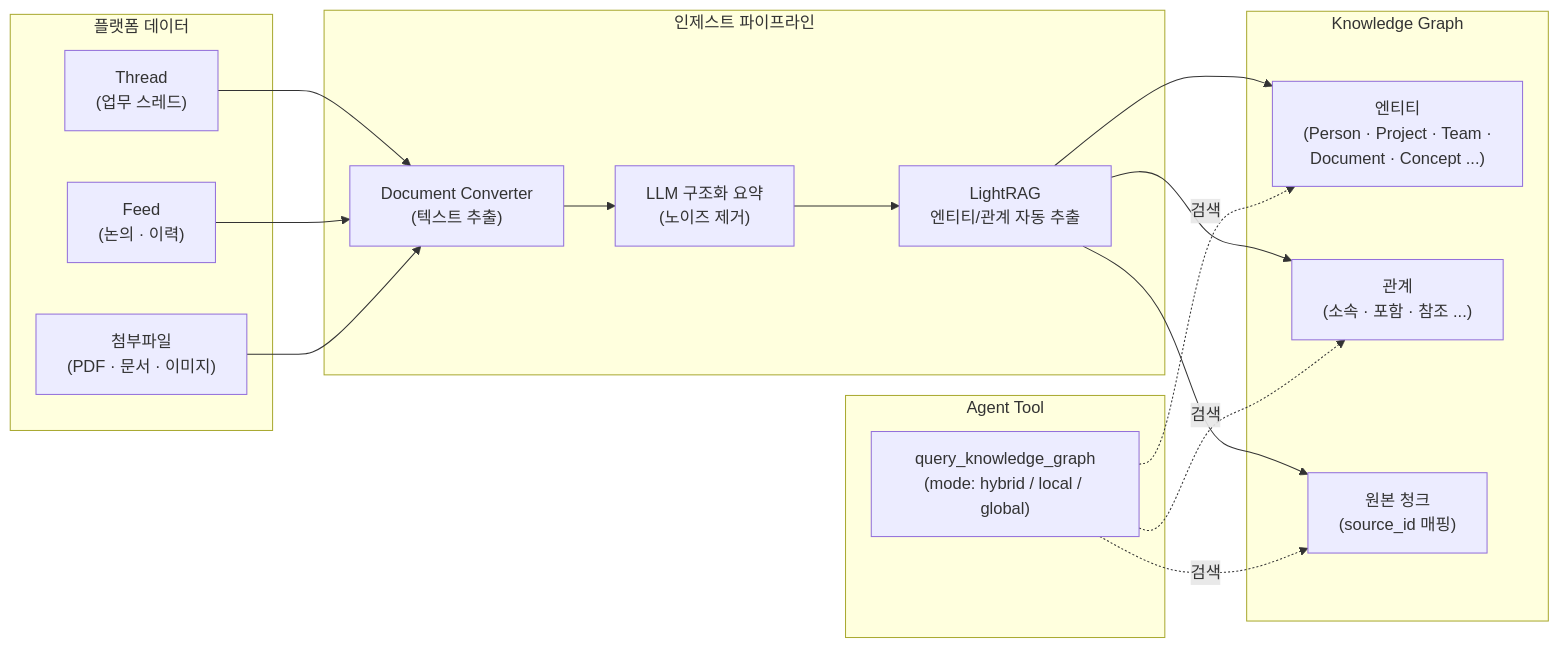
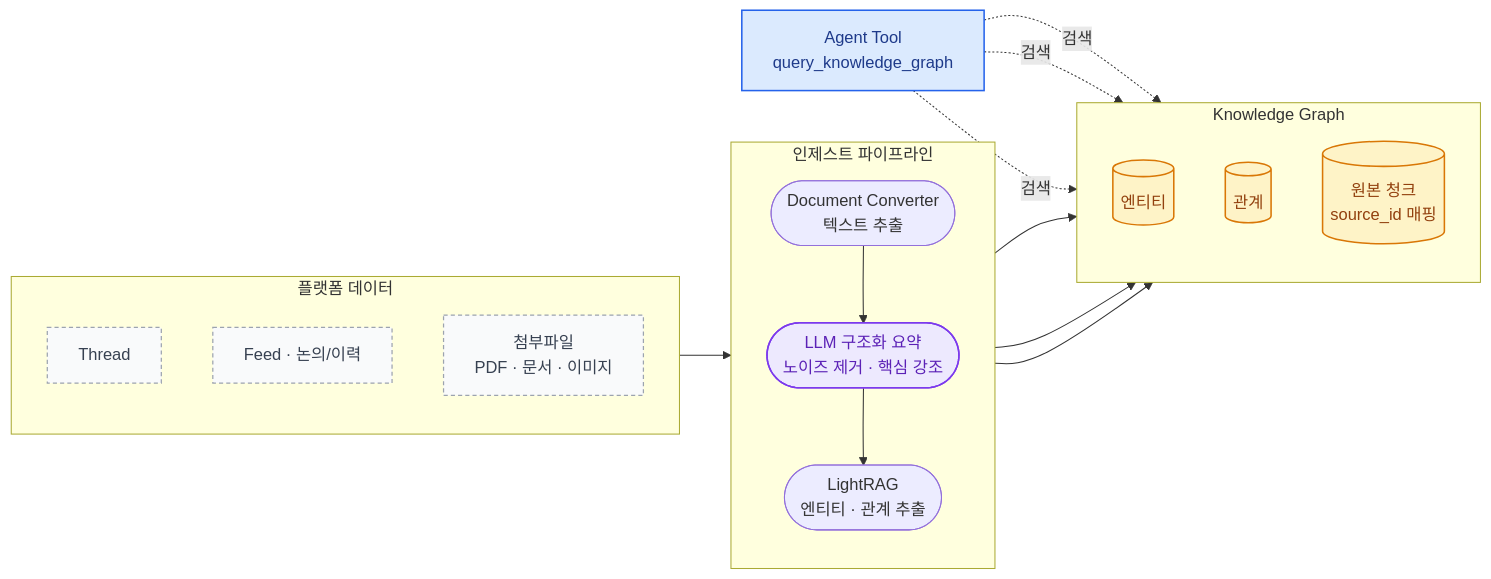
The second of 12 diagrams in README.md (SJayKim/SJayKim), drawn with Mermaid before and after one commit. The commit also changed other lines of this file, not shown here.

First line of the commit message:
docs: 프로젝트 다이어그램 공통 비주얼 시스템 도입 + 신규 4종 추가

````diff
--- a/README.md
+++ b/README.md
@@ -137,31 +131,39 @@
 ```mermaid
 flowchart LR
-    subgraph Sources["플랫폼 데이터"]
-        Thread["Thread<br/>(업무 스레드)"]
-        Feed["Feed<br/>(논의 · 이력)"]
-        Files["첨부파일<br/>(PDF · 문서 · 이미지)"]
+    subgraph Src["플랫폼 데이터"]
+        direction TB
+        Thread["Thread"]
+        Feed["Feed · 논의/이력"]
+        Files["첨부파일<br/>PDF · 문서 · 이미지"]
     end
 
-    subgraph Pipeline["인제스트 파이프라인"]
-        Convert["Document Converter<br/>(텍스트 추출)"]
-        Summarize["LLM 구조화 요약<br/>(노이즈 제거)"]
-        Extract["LightRAG<br/>엔티티/관계 자동 추출"]
+    subgraph Pipe["인제스트 파이프라인"]
+        direction TB
+        Conv(["Document Converter<br/>텍스트 추출"])
+        Summ(["LLM 구조화 요약<br/>노이즈 제거 · 핵심 강조"])
+        Extr(["LightRAG<br/>엔티티 · 관계 추출"])
+        Conv --> Summ --> Extr
     end
 
-    subgraph KGStore["Knowledge Graph"]
-        Entity["엔티티<br/>(Person · Project · Team ·<br/>Document · Concept ...)"]
-        Relation["관계<br/>(소속 · 포함 · 참조 ...)"]
-        Chunk["원본 청크<br/>(source_id 매핑)"]
+    subgraph Store["Knowledge Graph"]
+        direction TB
+        Ent[("엔티티")]
+        Rel[("관계")]
+        Chunk[("원본 청크<br/>source_id 매핑")]
     end
 
-    subgraph AgentQuery["Agent Tool"]
-        Tool["query_knowledge_graph<br/>(mode: hybrid / local / global)"]
-    end
+    Tool["Agent Tool<br/>query_knowledge_graph"]
 
-    Thread --> Convert
-    Feed --> Convert
-    Files --> Convert
-    Convert --> Summarize --> Extract
-    Extract --> Entity & Relation & Chunk
-    Tool -.->|검색| Entity & Relation & Chunk
+    Src --> Conv
+    Extr --> Ent & Rel & Chunk
+    Tool -. 검색 .-> Ent & Rel & Chunk
+
+    classDef entry fill:#DBEAFE,stroke:#2563EB,stroke-width:1.5px,color:#1E3A8A;
+    classDef ai fill:#EDE9FE,stroke:#7C3AED,stroke-width:1.5px,color:#5B21B6;
+    classDef data fill:#FEF3C7,stroke:#D97706,stroke-width:1.5px,color:#92400E;
+    classDef ext fill:#F9FAFB,stroke:#9CA3AF,stroke-width:1.2px,stroke-dasharray:4 3,color:#374151;
+    class Thread,Feed,Files ext;
+    class Summ ai;
+    class Ent,Rel,Chunk data;
+    class Tool entry;
 ```
````
